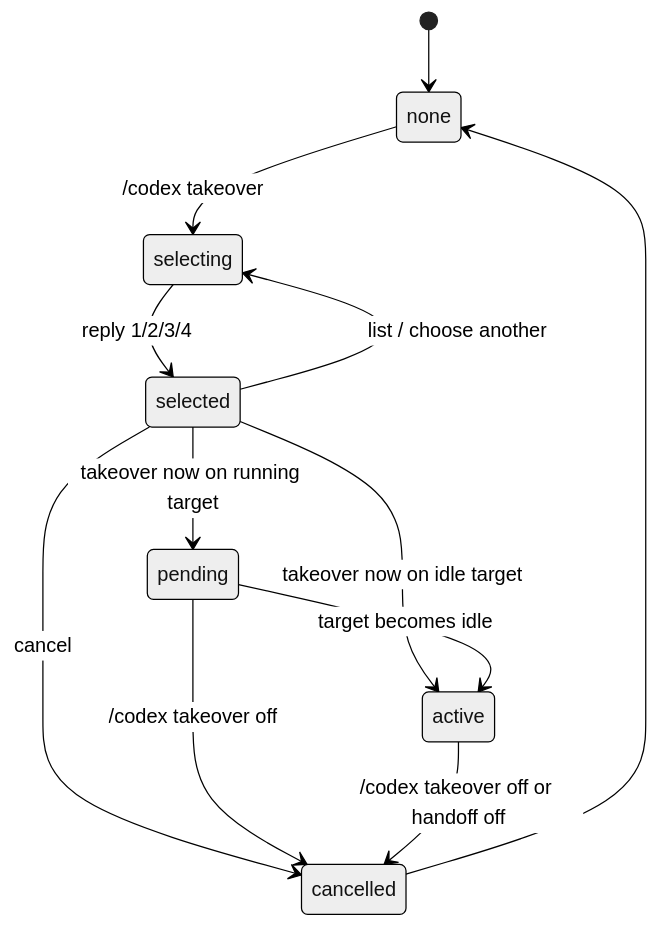
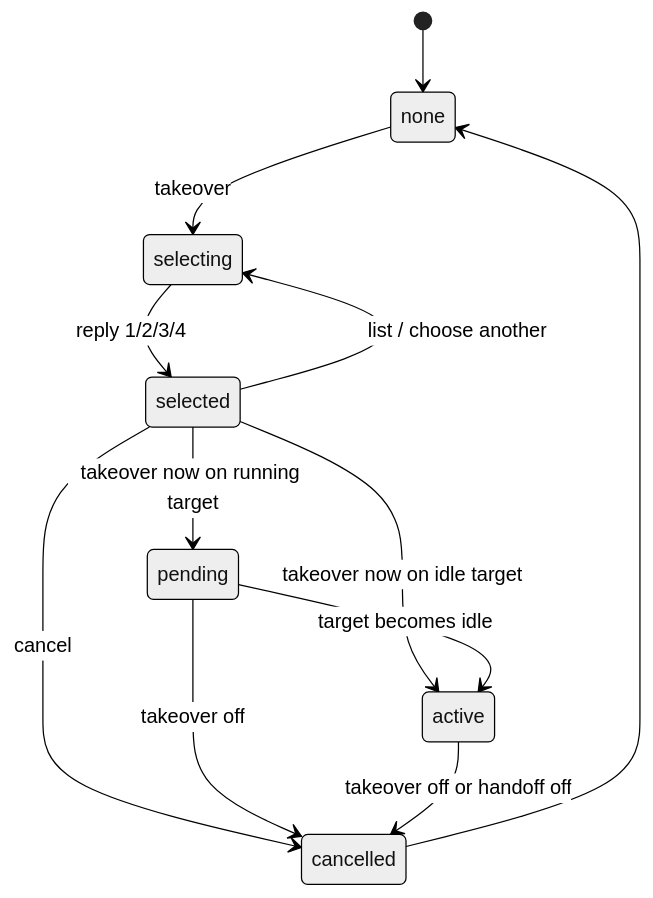
The first of 2 diagrams in docs/cross_thread_takeover_design.zh-cn.md (GxFn/codex-lark-remote), drawn with Mermaid (neutral theme) before and after one commit. The commit also changed other lines of this file and 37 other files, not shown here.

````diff
--- a/docs/cross_thread_takeover_design.zh-cn.md
+++ b/docs/cross_thread_takeover_design.zh-cn.md
@@ -346,14 +361,14 @@
 ```mermaid
 stateDiagram-v2
   [*] --> none
-  none --> selecting: /codex takeover
+  none --> selecting: takeover
   selecting --> selected: reply 1/2/3/4
   selected --> selecting: list / choose another
   selected --> pending: takeover now on running target
   selected --> active: takeover now on idle target
   pending --> active: target becomes idle
   selected --> cancelled: cancel
-  pending --> cancelled: /codex takeover off
-  active --> cancelled: /codex takeover off or handoff off
+  pending --> cancelled: takeover off
+  active --> cancelled: takeover off or handoff off
   cancelled --> none
 ```
````
